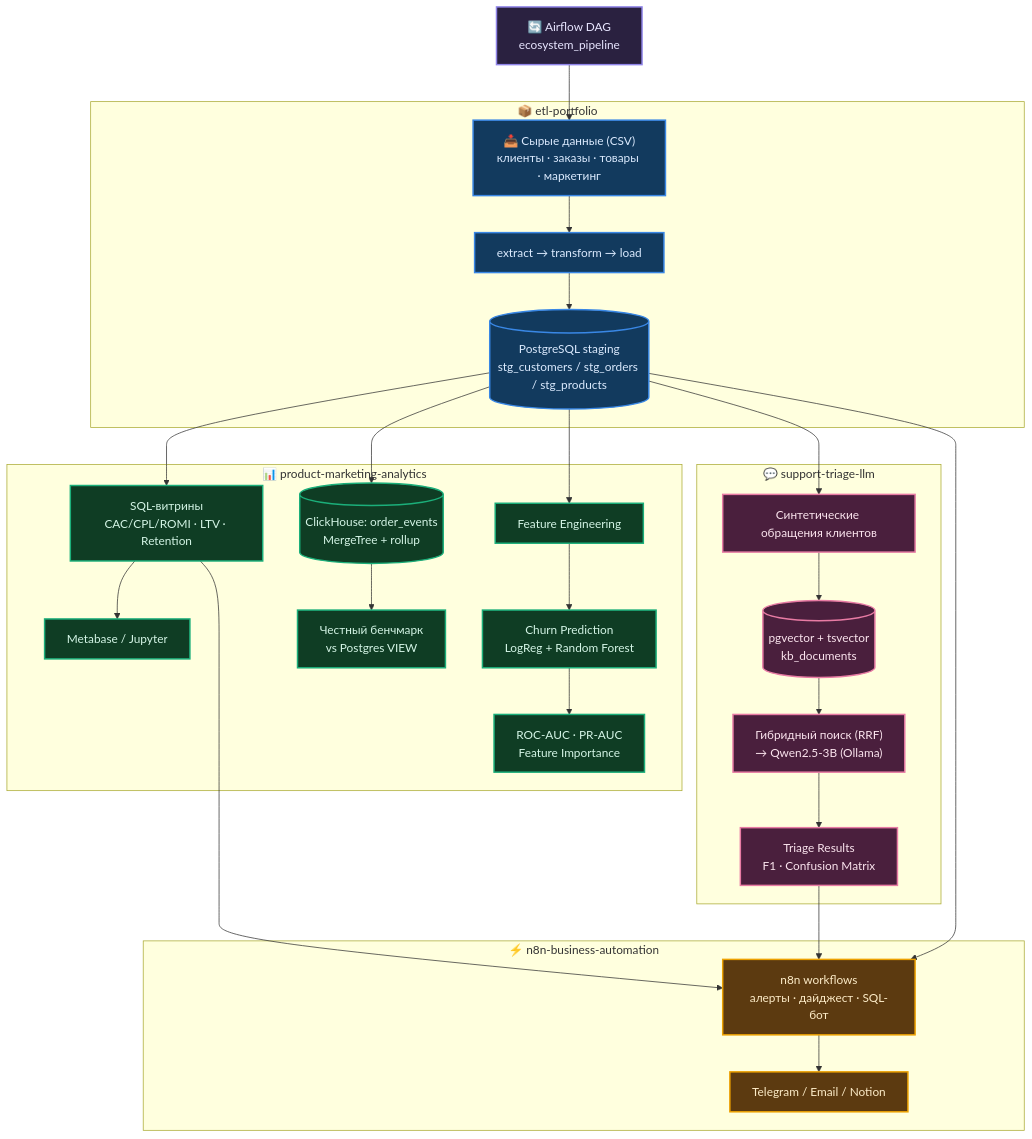
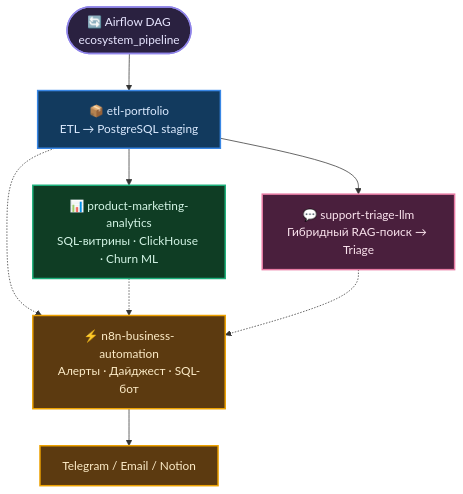
One commit to exist-ty/Nikolay-Kolesnikov-Data-Engineering-Applied-ML-LLM-Portfolio-Hub changed the diagram in README.md. Above: the diagram before and after it, drawn with Mermaid. The commit also changed other lines of this file and 1 other file, not shown here.

Commit message:
Simplify architecture diagram to one box per repository
Three rounds of feedback on the subgraph-based diagram (heavy background
fills, off-center nodes, colored subgraph borders, arrows crossing over
subgraph titles) all traced back to the same root cause: Mermaid/dagre's
automatic layout doesn't give fine control once subgraphs and multiple
converging cross-subgraph edges are involved. Replaced with a flat 6-node
graph, one box per repository, colored via classDef, solid arrows for the
DAG pipeline flow and dashed arrows for n8n's direct reads (staging +
marts) — no subgraph containers, so there's nothing left to overlap.
Iterated in a Claude Artifact preview before porting to both README.md and
docs/architecture.md.

````diff
--- a/README.md
+++ b/README.md
@@ -17,39 +17,20 @@
 ```mermaid
 graph TD
-    Z["🔄 Airflow DAG<br/>ecosystem_pipeline"]:::orchestration --> A["📥 Сырые данные (CSV)<br/>клиенты · заказы · товары · маркетинг"]:::etl
+    Z(["🔄 Airflow DAG<br/>ecosystem_pipeline"]):::orchestration --> ETL
 
-    subgraph ETL["📦 etl-portfolio"]
-        A --> B["extract → transform → load"]:::etl
-        B --> C[("PostgreSQL staging<br/>stg_customers / stg_orders / stg_products")]:::etl
-    end
+    ETL["📦 etl-portfolio<br/>ETL → PostgreSQL staging"]:::etl --> ANALYTICS
+    ETL --> LLM
+    ETL -.-> N8N
 
-    subgraph ANALYTICS["📊 product-marketing-analytics"]
-        C --> D["SQL-витрины<br/>CAC/CPL/ROMI · LTV · Retention"]:::analytics
-        D --> G["Metabase / Jupyter"]:::analytics
-        C --> M[("ClickHouse: order_events<br/>MergeTree + rollup")]:::analytics
-        M --> N["Честный бенчмарк<br/>vs Postgres VIEW"]:::analytics
-        C --> E["Feature Engineering"]:::analytics
-        E --> H["Churn Prediction<br/>LogReg + Random Forest"]:::analytics
-        H --> I["ROC-AUC · PR-AUC<br/>Feature Importance"]:::analytics
-    end
+    ANALYTICS["📊 product-marketing-analytics<br/>SQL-витрины · ClickHouse · Churn ML"]:::analytics -.-> N8N
 
-    subgraph LLM["💬 support-triage-llm"]
-        C --> F["Синтетические обращения клиентов"]:::llm
-        F --> J[("pgvector + tsvector<br/>kb_documents")]:::llm
-        J --> K["Гибридный поиск (RRF)<br/>→ Qwen2.5-3B (Ollama)"]:::llm
-        K --> L["Triage Results<br/>F1 · Confusion Matrix"]:::llm
-    end
+    LLM["💬 support-triage-llm<br/>Гибридный RAG-поиск → Triage"]:::llm -.-> N8N
 
-    subgraph N8N["⚡ n8n-business-automation"]
-        C --> O["n8n workflows<br/>алерты · дайджест · SQL-бот"]:::n8n
-        D --> O
-        L --> O
-        O --> P["Telegram / Email / Notion"]:::n8n
-    end
+    N8N["⚡ n8n-business-automation<br/>Алерты · Дайджест · SQL-бот"]:::n8n --> OUT["Telegram / Email / Notion"]:::n8n
 
     classDef orchestration fill:#2a2140,stroke:#9085e9,color:#e8e6ff,stroke-width:2px
     classDef etl fill:#123a5e,stroke:#3987e5,color:#dbeafe,stroke-width:2px
     classDef analytics fill:#0f3d24,stroke:#1baf7a,color:#d4f5e6,stroke-width:2px
     classDef llm fill:#4a1f3d,stroke:#e87ba4,color:#fbe4ee,stroke-width:2px
     classDef n8n fill:#5c3a10,stroke:#eda100,color:#fdecc8,stroke-width:2px
 ```
````
